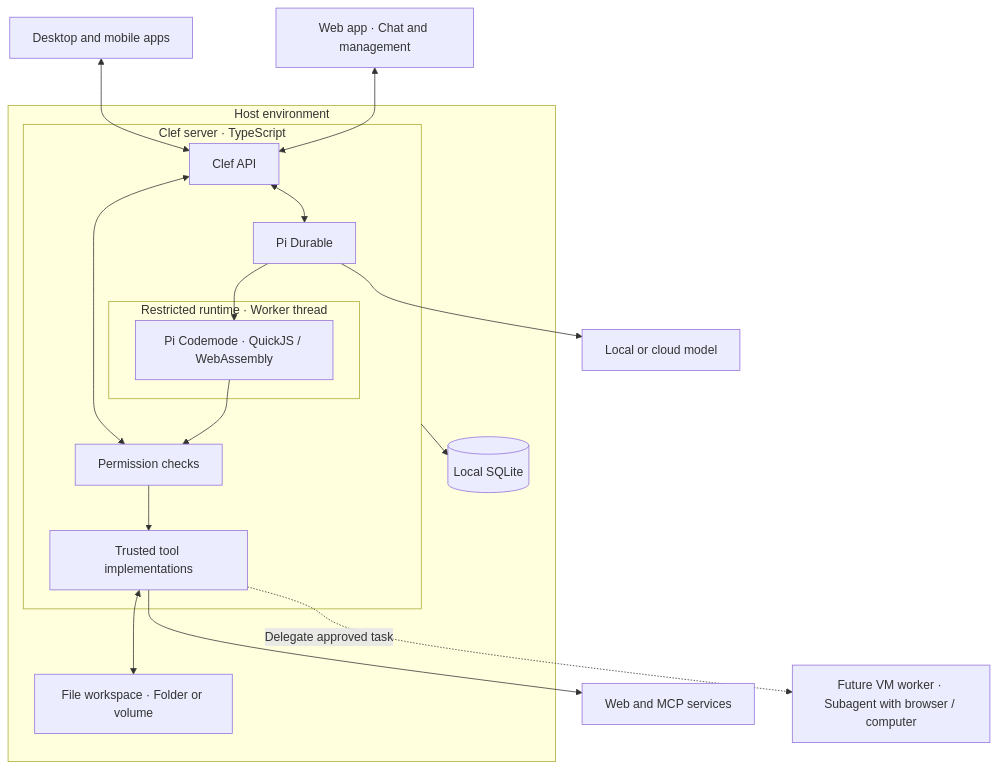
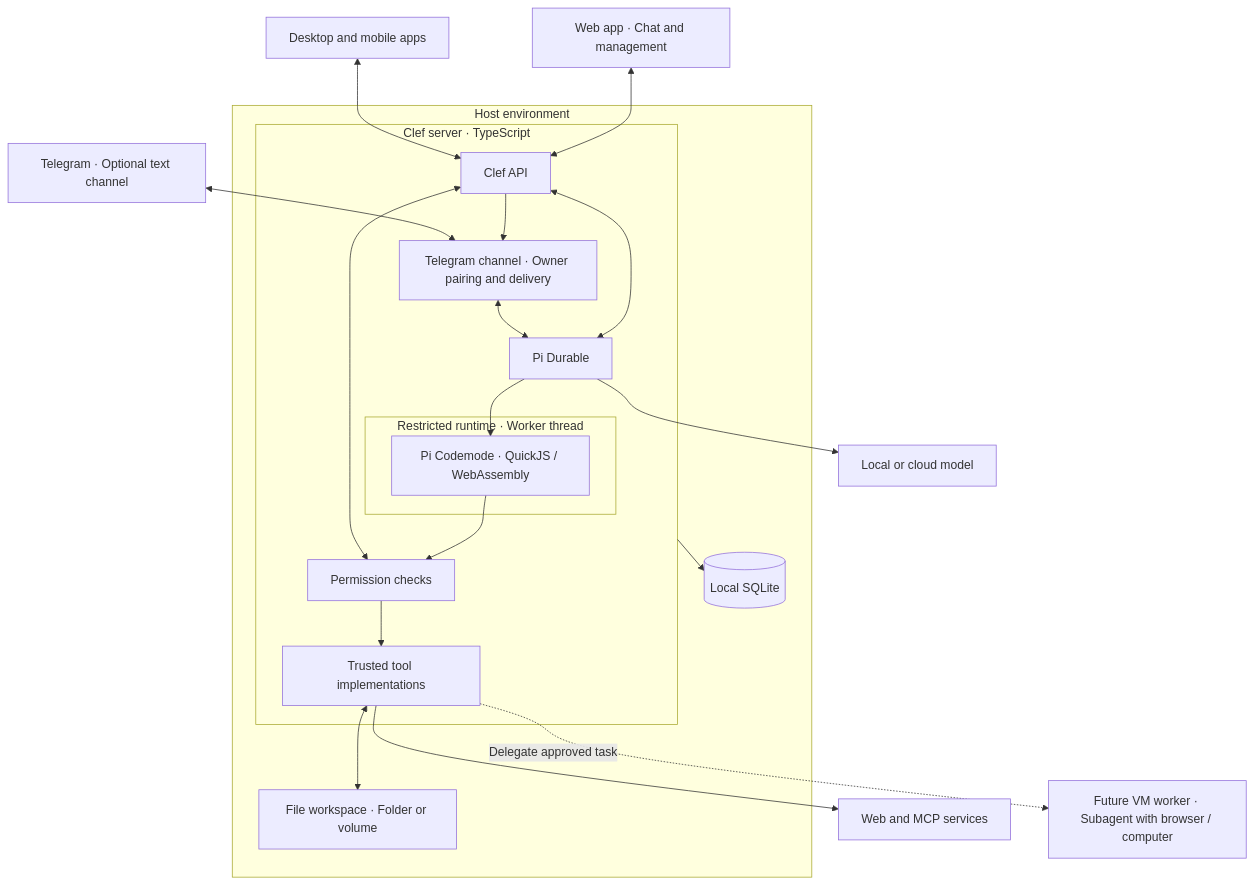
The first of 3 diagrams in ARCHITECTURE.md (davidhariri/clef), drawn with Mermaid before and after one commit. The commit also changed other lines of this file and 18 other files, not shown here.

Commit message:
Add optional Telegram text channel with owner pairing

````diff
--- a/ARCHITECTURE.md
+++ b/ARCHITECTURE.md
@@ -5,30 +5,34 @@
 ```mermaid
 flowchart TB
     apps["Desktop and mobile apps"] <--> api
     web["Web app · Chat and management"] <--> api
+    telegram["Telegram · Optional text channel"] <--> channel
 
     subgraph host["Host environment"]
         subgraph server["Clef server · TypeScript"]
             api["Clef API"]
+            channel["Telegram channel · Owner pairing and delivery"]
             agent["Pi Durable"]
+            channel <--> agent
+            api --> channel
             subgraph sandbox["Restricted runtime · Worker thread"]
                 code["Pi Codemode · QuickJS / WebAssembly"]
             end
             permissions["Permission checks"]
             tools["Trusted tool implementations"]
             api <--> agent
             api <--> permissions
             agent --> code
             code --> permissions
             permissions --> tools
         end
         database[("Local SQLite")]
         files["File workspace · Folder or volume"]
         server --> database
         tools <--> files
     end
 
     agent --> models["Local or cloud model"]
     tools --> services["Web and MCP services"]
     tools -. "Delegate approved task" .-> vm["Future VM worker · Subagent with browser / computer"]
 ```
````
